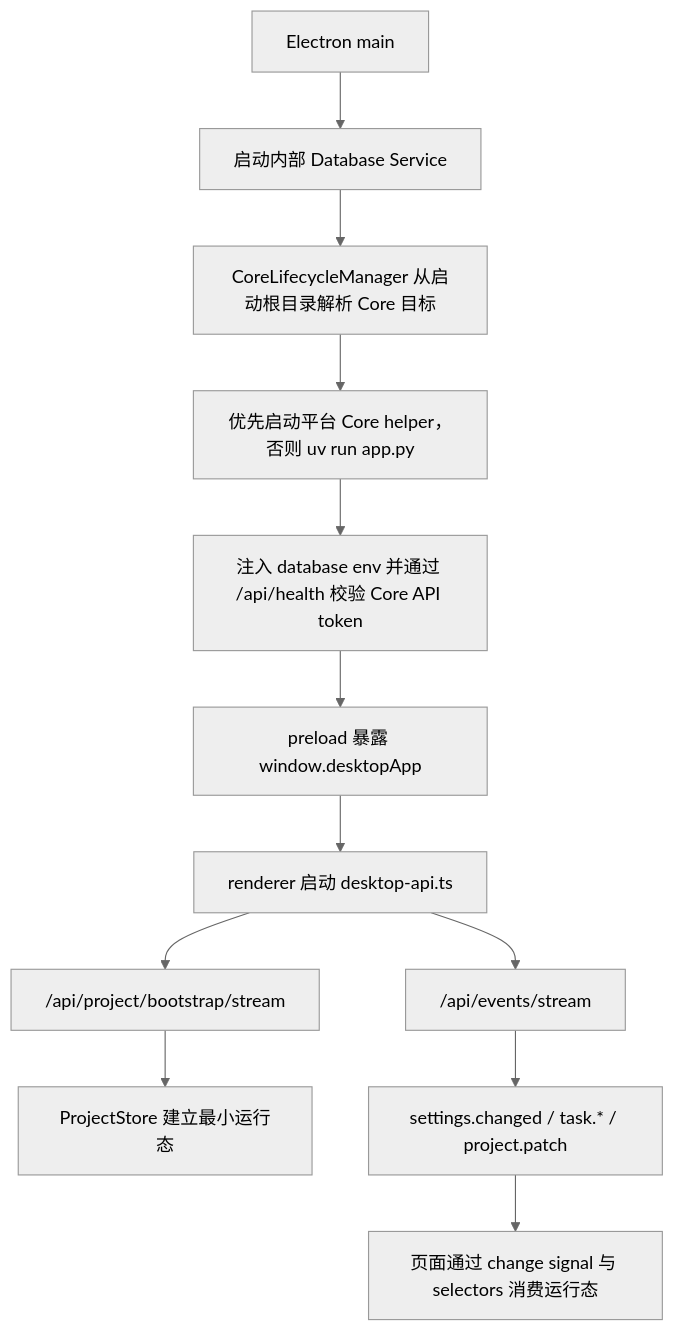
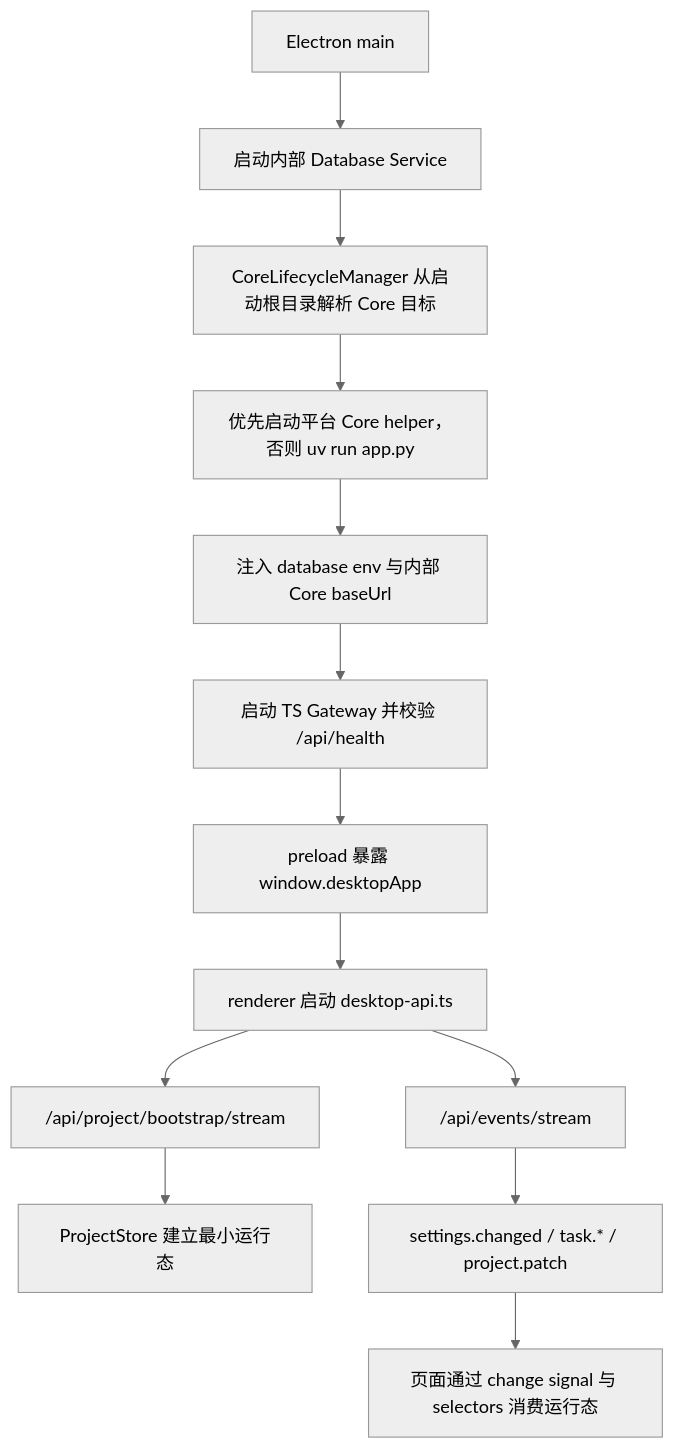
Before and after one commit to neavo/LinguaGacha: the second of 3 diagrams in docs/ARCHITECTURE.md, drawn with Mermaid (neutral theme). The commit also changed other lines of this file and 80 other files, not shown here.

````diff
--- a/docs/ARCHITECTURE.md
+++ b/docs/ARCHITECTURE.md
@@ -52,14 +57,15 @@
 ```mermaid
 flowchart TD
     A["Electron main"] --> S["启动内部 Database Service"]
     S --> B["CoreLifecycleManager 从启动根目录解析 Core 目标"]
     B --> C["优先启动平台 Core helper，否则 uv run app.py"]
-    C --> D["注入 database env 并通过 /api/health 校验 Core API token"]
-    D --> E["preload 暴露 window.desktopApp"]
+    C --> D["注入 database env 与内部 Core baseUrl"]
+    D --> T["启动 TS Gateway 并校验 /api/health"]
+    T --> E["preload 暴露 window.desktopApp"]
     E --> F["renderer 启动 desktop-api.ts"]
     F --> G["/api/project/bootstrap/stream"]
     G --> H["ProjectStore 建立最小运行态"]
     F --> I["/api/events/stream"]
     I --> J["settings.changed / task.* / project.patch"]
     J --> K["页面通过 change signal 与 selectors 消费运行态"]
 ```
````
